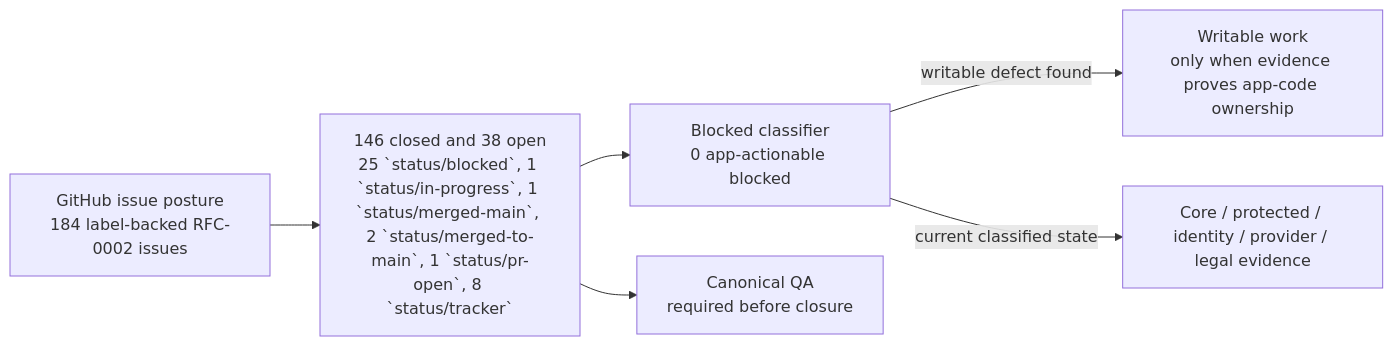
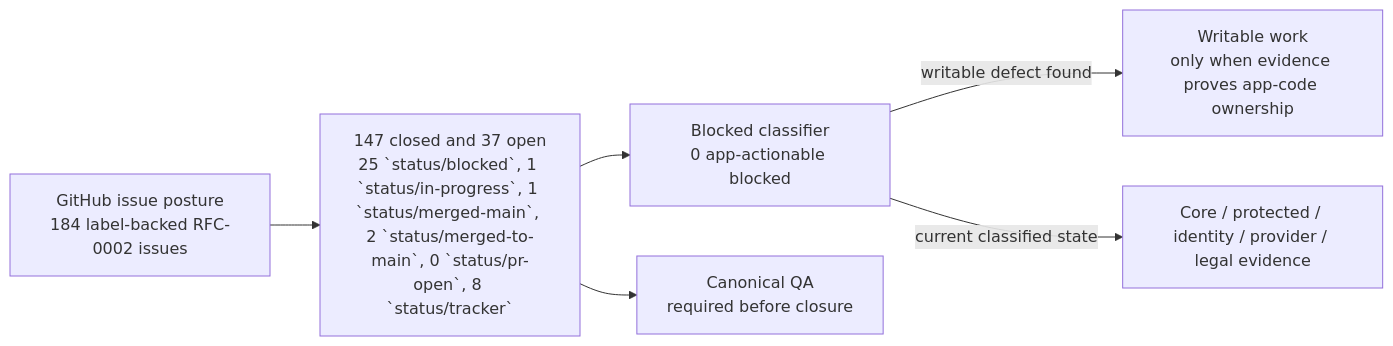
One commit to sgajbi/lotus-idea changed the first of 2 diagrams in wiki/RFC-0002-Execution-Status.md. Above: the diagram before and after it, drawn with Mermaid. The commit also changed other lines of this file and 10 other files, not shown here.

````diff
--- a/wiki/RFC-0002-Execution-Status.md
+++ b/wiki/RFC-0002-Execution-Status.md
@@ -39,15 +39,15 @@
 ```mermaid
 flowchart LR
     Issues["GitHub issue posture<br/>184 label-backed RFC-0002 issues"]
-    Open["146 closed and 38 open<br/>25 `status/blocked`, 1 `status/in-progress`, 1 `status/merged-main`, 2 `status/merged-to-main`, 1 `status/pr-open`, 8 `status/tracker`"]
+    Open["147 closed and 37 open<br/>25 `status/blocked`, 1 `status/in-progress`, 1 `status/merged-main`, 2 `status/merged-to-main`, 0 `status/pr-open`, 8 `status/tracker`"]
     Blocked["Blocked classifier<br/>0 app-actionable blocked"]
     Work["Writable work<br/>only when evidence proves app-code ownership"]
     External["Core / protected / identity / provider / legal evidence"]
     QA["Canonical QA<br/>required before closure"]
 
     Issues --> Open
     Open --> Blocked
     Blocked -->|"writable defect found"| Work
     Blocked -->|"current classified state"| External
     Open --> QA
 ```
````
